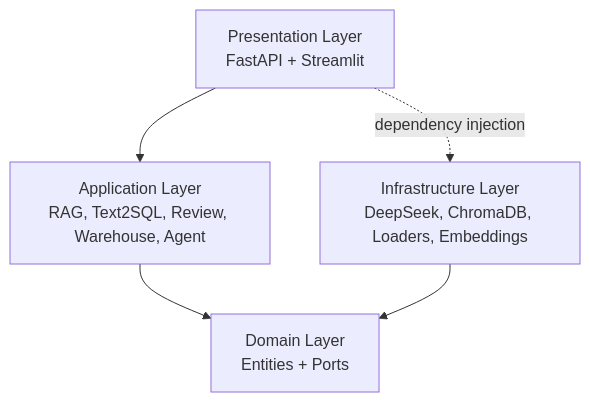
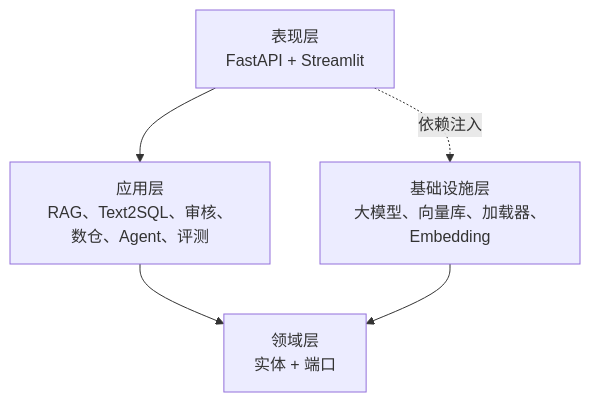
The first of 7 diagrams in docs/ARCHITECTURE.md (plutoczm/DataCopilot), drawn with Mermaid before and after one commit. The commit also changed other lines of this file and 152 other files, not shown here.

````diff
--- a/docs/ARCHITECTURE.md
+++ b/docs/ARCHITECTURE.md
@@ -7,12 +7,12 @@
 ```mermaid
 flowchart TB
-    Presentation[Presentation Layer<br/>FastAPI + Streamlit]
-    Application[Application Layer<br/>RAG, Text2SQL, Review, Warehouse, Agent]
-    Domain[Domain Layer<br/>Entities + Ports]
-    Infrastructure[Infrastructure Layer<br/>DeepSeek, ChromaDB, Loaders, Embeddings]
+    Presentation[表现层<br/>FastAPI + Streamlit]
+    Application[应用层<br/>RAG、Text2SQL、审核、数仓、Agent、评测]
+    Domain[领域层<br/>实体 + 端口]
+    Infrastructure[基础设施层<br/>大模型、向量库、加载器、Embedding]
 
     Presentation --> Application
     Application --> Domain
     Infrastructure --> Domain
-    Presentation -. dependency injection .-> Infrastructure
+    Presentation -. 依赖注入 .-> Infrastructure
 ```
````
